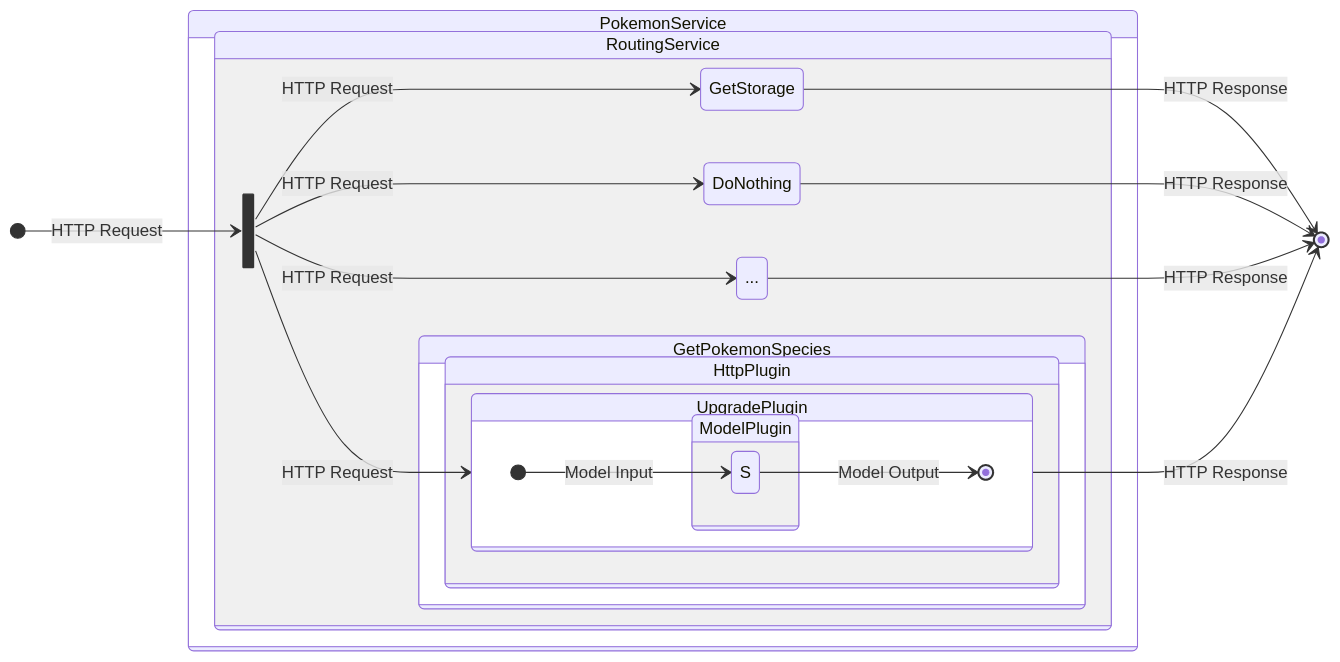
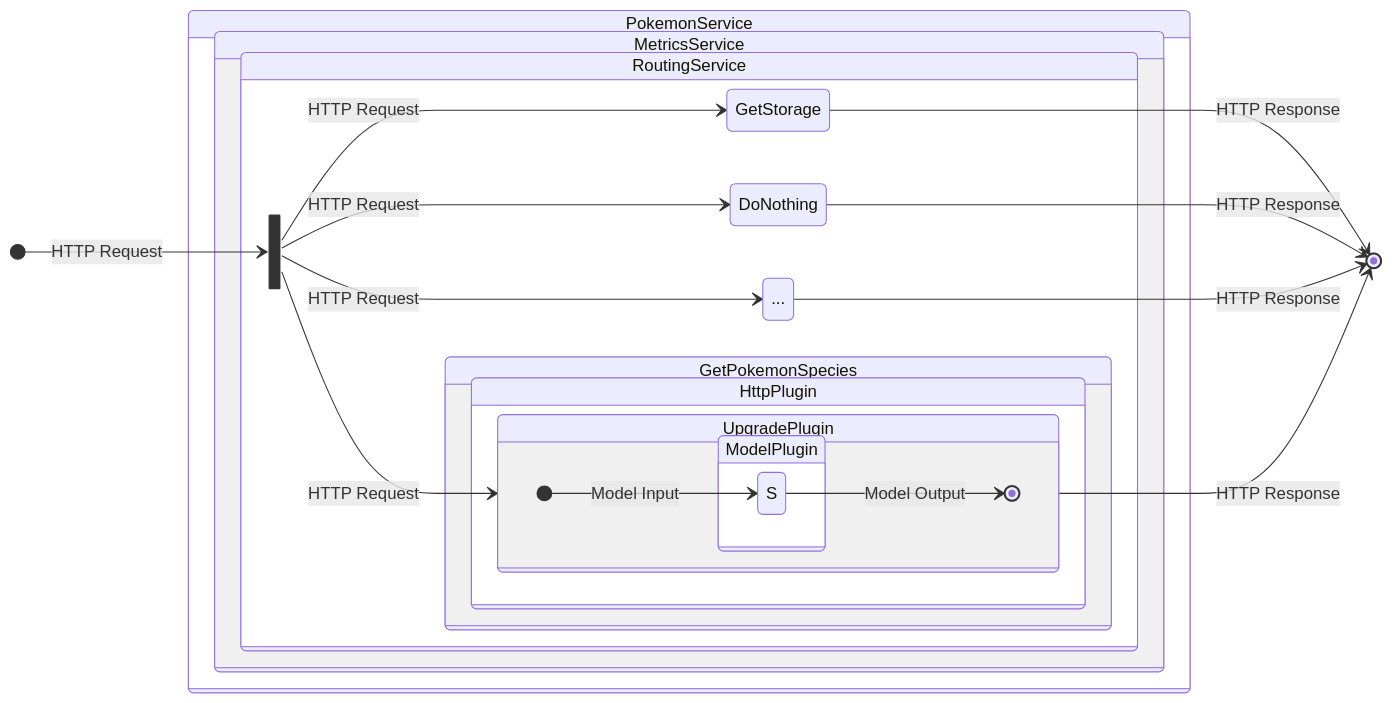
The fifth of 5 diagrams in design/src/server/anatomy.md (smithy-lang/smithy-rs), drawn with Mermaid before and after one commit. The commit also changed other lines of this file and 15 other files, not shown here.

````diff
--- a/design/src/server/anatomy.md
+++ b/design/src/server/anatomy.md
@@ -633,38 +635,40 @@
 ```mermaid
 stateDiagram-v2
     state in <<fork>>
     state "GetPokemonSpecies" as C1
     state "GetStorage" as C2
     state "DoNothing" as C3
     state "..." as C4
     direction LR
     [*] --> in : HTTP Request
     UpgradePlugin --> [*]: HTTP Response
     state PokemonService {
-        state RoutingService {
-            in --> UpgradePlugin: HTTP Request
-            in --> C2: HTTP Request
-            in --> C3: HTTP Request
-            in --> C4: HTTP Request
-            state C1 {
-                state HttpPlugin {
-                    state UpgradePlugin {
-                        direction LR
-                        [*] --> S: Model Input
-                        S --> [*] : Model Output
-                        state ModelPlugin {
-                            S
+        state MetricsService {
+            state RoutingService {
+                in --> UpgradePlugin: HTTP Request
+                in --> C2: HTTP Request
+                in --> C3: HTTP Request
+                in --> C4: HTTP Request
+                state C1 {
+                    state HttpPlugin {
+                        state UpgradePlugin {
+                            direction LR
+                            [*] --> S: Model Input
+                            S --> [*] : Model Output
+                            state ModelPlugin {
+                                S
+                            }
                         }
                     }
                 }
+                C2
+                C3
+                C4
             }
-            C2
-            C3
-            C4
         }
 
     }
     C2 --> [*]: HTTP Response
     C3 --> [*]: HTTP Response
     C4 --> [*]: HTTP Response
 ```
````
